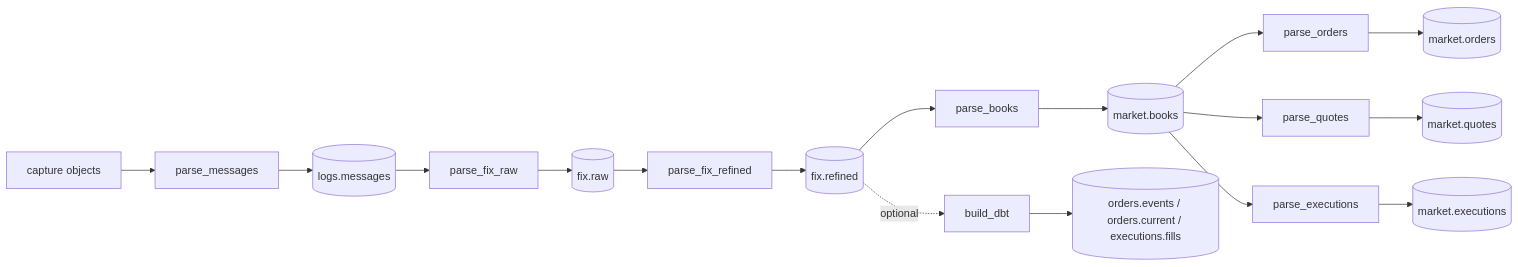
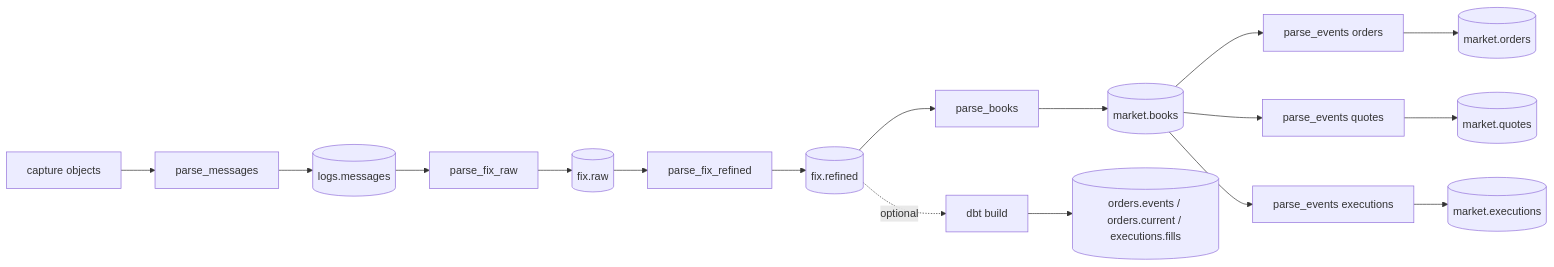
One commit to Platob/yggfin changed the diagram in docs/pipeline/index.md. Above: the diagram before and after it, drawn with Mermaid. The commit also changed other lines of this file and 117 other files, not shown here.

````diff
--- a/docs/pipeline/index.md
+++ b/docs/pipeline/index.md
@@ -7,12 +12,12 @@
 ```mermaid
 flowchart LR
     U["capture objects"] --> T["parse_messages"] --> M[("logs.messages")]
     M --> F["parse_fix_raw"] --> X[("fix.raw")]
     X --> L["parse_fix_refined"] --> S[("fix.refined")]
     S --> B["parse_books"] --> K[("market.books")]
-    K --> O["parse_orders"] --> OT[("market.orders")]
-    K --> Q["parse_quotes"] --> QT[("market.quotes")]
-    K --> E["parse_executions"] --> ET[("market.executions")]
-    S -.optional.-> D["build_dbt"]
+    K --> O["parse_events orders"] --> OT[("market.orders")]
+    K --> Q["parse_events quotes"] --> QT[("market.quotes")]
+    K --> E["parse_events executions"] --> ET[("market.executions")]
+    S -.optional.-> D["dbt build"]
     D --> DT[("orders.events / orders.current / executions.fills")]
 ```
````
